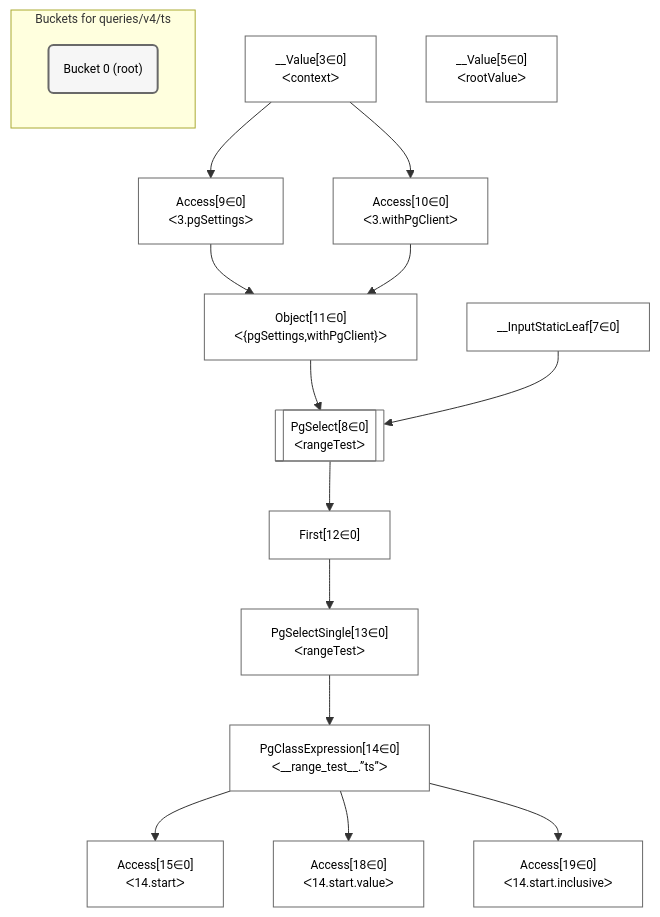
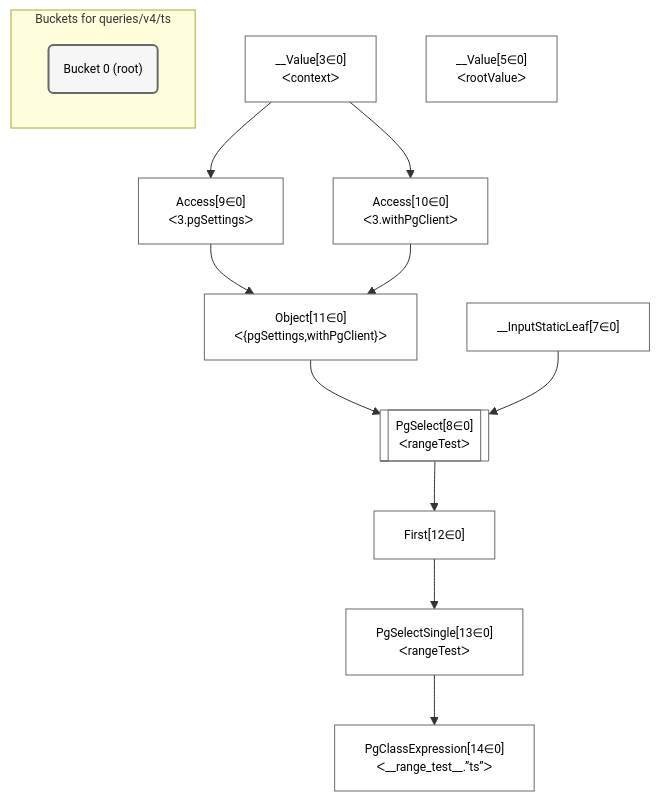
Before and after one commit to graphile/crystal: the diagram in postgraphile/postgraphile/__tests__/queries/v4/ts.mermaid, drawn with Mermaid. The commit also changed 16 other files, not shown here.

```diff
--- a/postgraphile/postgraphile/__tests__/queries/v4/ts.mermaid
+++ b/postgraphile/postgraphile/__tests__/queries/v4/ts.mermaid
@@ -1,41 +1,35 @@
 %%{init: {'themeVariables': { 'fontSize': '12px'}}}%%
 graph TD
     classDef path fill:#eee,stroke:#000,color:#000
     classDef plan fill:#fff,stroke-width:1px,color:#000
     classDef itemplan fill:#fff,stroke-width:2px,color:#000
     classDef sideeffectplan fill:#f00,stroke-width:2px,color:#000
     classDef bucket fill:#f6f6f6,color:#000,stroke-width:2px,text-align:left
 
 
     %% define steps
     __Value3["__Value[3∈0]<br />ᐸcontextᐳ"]:::plan
     __Value5["__Value[5∈0]<br />ᐸrootValueᐳ"]:::plan
     __InputStaticLeaf7["__InputStaticLeaf[7∈0]"]:::plan
     Access9["Access[9∈0]<br />ᐸ3.pgSettingsᐳ"]:::plan
     Access10["Access[10∈0]<br />ᐸ3.withPgClientᐳ"]:::plan
     Object11["Object[11∈0]<br />ᐸ{pgSettings,withPgClient}ᐳ"]:::plan
     PgSelect8[["PgSelect[8∈0]<br />ᐸrangeTestᐳ"]]:::plan
     First12["First[12∈0]"]:::plan
     PgSelectSingle13["PgSelectSingle[13∈0]<br />ᐸrangeTestᐳ"]:::plan
     PgClassExpression14["PgClassExpression[14∈0]<br />ᐸ__range_test__.”ts”ᐳ"]:::plan
-    Access15["Access[15∈0]<br />ᐸ14.startᐳ"]:::plan
-    Access18["Access[18∈0]<br />ᐸ14.start.valueᐳ"]:::plan
-    Access19["Access[19∈0]<br />ᐸ14.start.inclusiveᐳ"]:::plan
 
     %% plan dependencies
     __Value3 --> Access9
     __Value3 --> Access10
     Access9 & Access10 --> Object11
     Object11 & __InputStaticLeaf7 --> PgSelect8
     PgSelect8 --> First12
     First12 --> PgSelectSingle13
     PgSelectSingle13 --> PgClassExpression14
-    PgClassExpression14 --> Access15
-    PgClassExpression14 --> Access18
-    PgClassExpression14 --> Access19
 
     subgraph "Buckets for queries/v4/ts"
     Bucket0("Bucket 0 (root)"):::bucket
     classDef bucket0 stroke:#696969
-    class Bucket0,__Value3,__Value5,__InputStaticLeaf7,PgSelect8,Access9,Access10,Object11,First12,PgSelectSingle13,PgClassExpression14,Access15,Access18,Access19 bucket0
+    class Bucket0,__Value3,__Value5,__InputStaticLeaf7,PgSelect8,Access9,Access10,Object11,First12,PgSelectSingle13,PgClassExpression14 bucket0
     end
```
